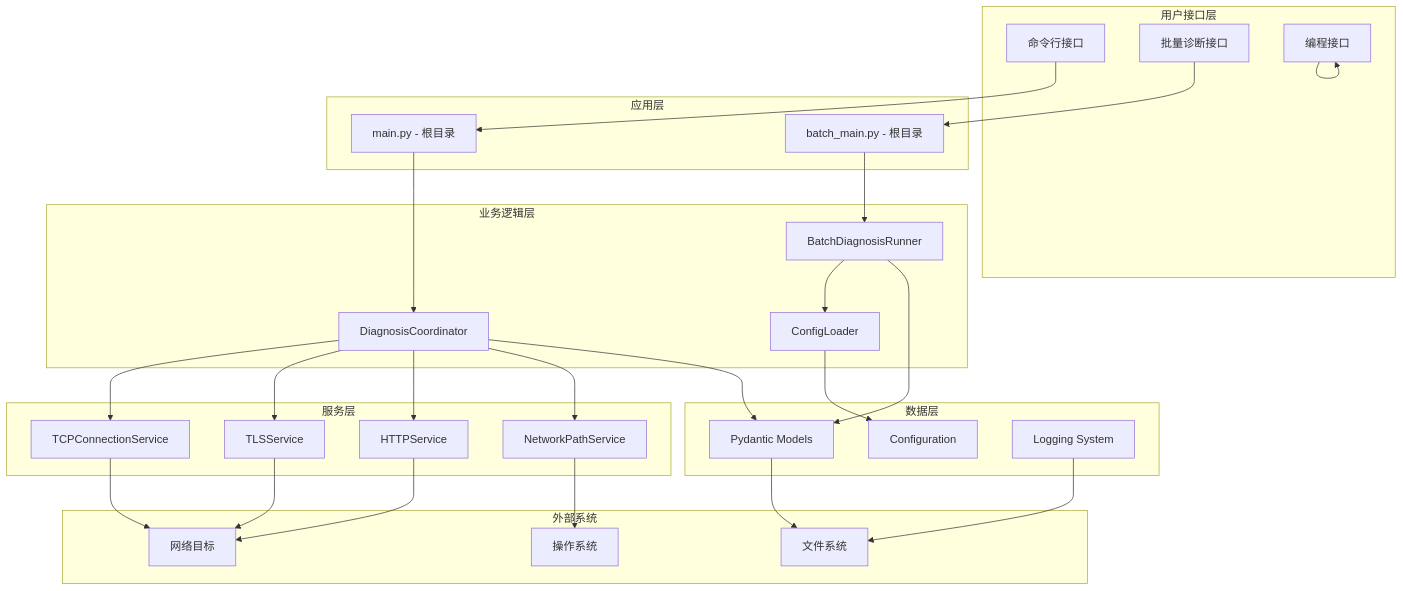
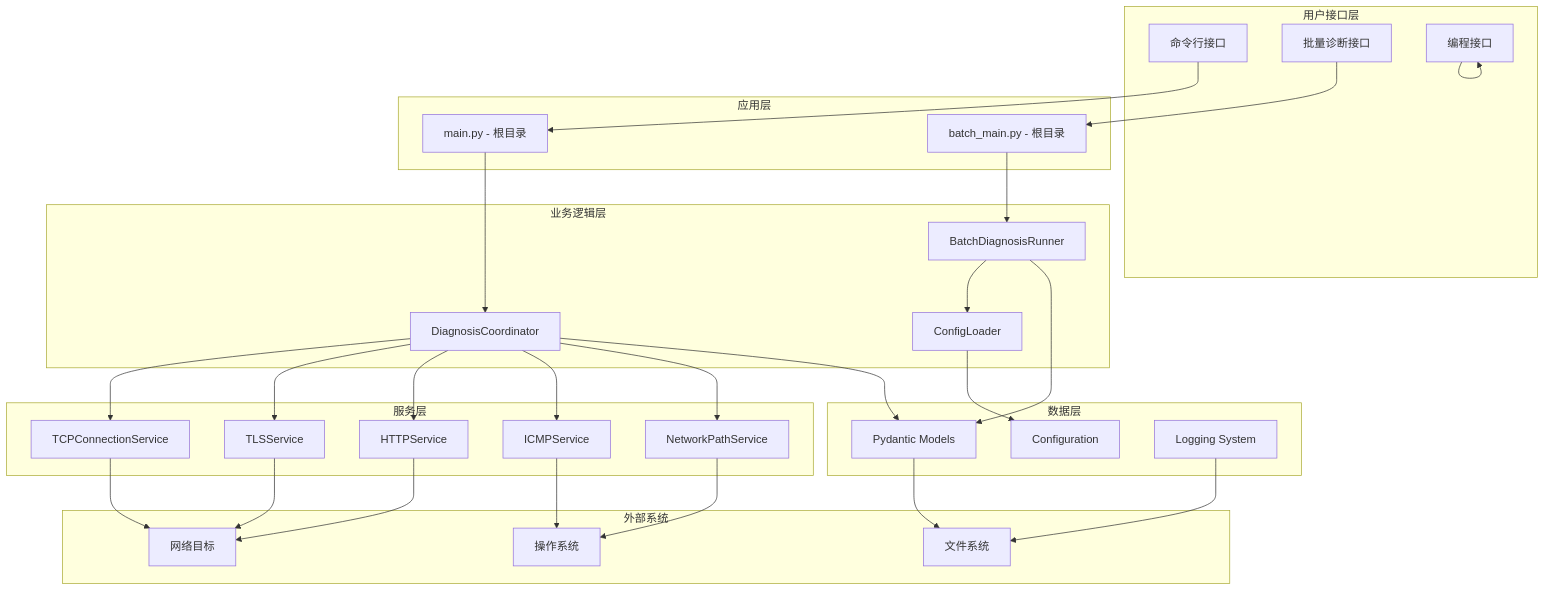
One commit to Matthewyin/probing changed the first of 12 diagrams in network-diagnosis/doc/ARCHITECTURE.md. Above: the diagram before and after it, drawn with Mermaid. The commit also changed other lines of this file and 9 other files, not shown here.

````diff
--- a/network-diagnosis/doc/ARCHITECTURE.md
+++ b/network-diagnosis/doc/ARCHITECTURE.md
@@ -7,64 +7,67 @@
 ```mermaid
 graph TB
     subgraph "用户接口层"
         CLI[命令行接口]
         BatchCLI[批量诊断接口]
         API[编程接口]
     end
     
     subgraph "应用层"
         Main[main.py - 根目录]
         BatchMain[batch_main.py - 根目录]
         API[编程接口]
     end
     
     subgraph "业务逻辑层"
         Coordinator[DiagnosisCoordinator]
         BatchRunner[BatchDiagnosisRunner]
         ConfigLoader[ConfigLoader]
     end
     
     subgraph "服务层"
         TCPService[TCPConnectionService]
         TLSService[TLSService]
         HTTPService[HTTPService]
+        ICMPService[ICMPService]
         PathService[NetworkPathService]
     end
     
     subgraph "数据层"
         Models[Pydantic Models]
         Config[Configuration]
         Logger[Logging System]
     end
     
     subgraph "外部系统"
         Network[网络目标]
         FileSystem[文件系统]
         OS[操作系统]
     end
     
     CLI --> Main
     BatchCLI --> BatchMain
     API --> API
     
     Main --> Coordinator
     BatchMain --> BatchRunner
     BatchRunner --> ConfigLoader
     
     Coordinator --> TCPService
     Coordinator --> TLSService
     Coordinator --> HTTPService
+    Coordinator --> ICMPService
     Coordinator --> PathService
     
     TCPService --> Network
     TLSService --> Network
     HTTPService --> Network
+    ICMPService --> OS
     PathService --> OS
     
     ConfigLoader --> Config
     BatchRunner --> Models
     Coordinator --> Models
     
     Models --> FileSystem
     Logger --> FileSystem
 ```
````
